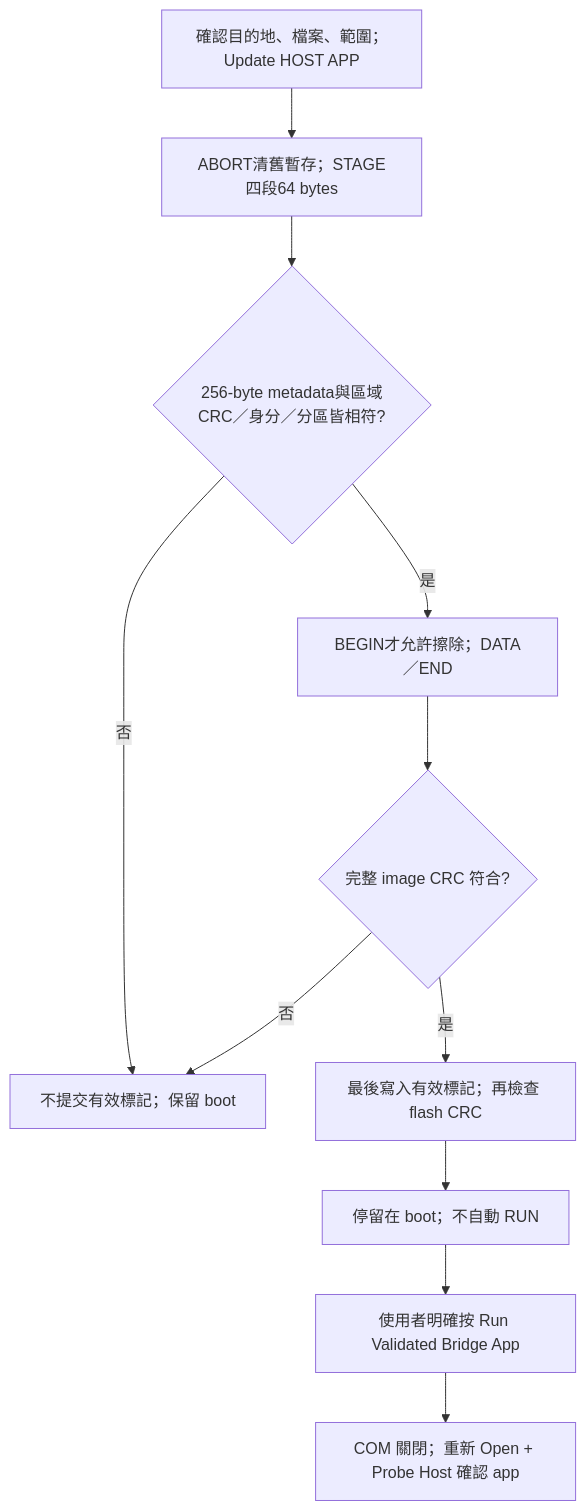
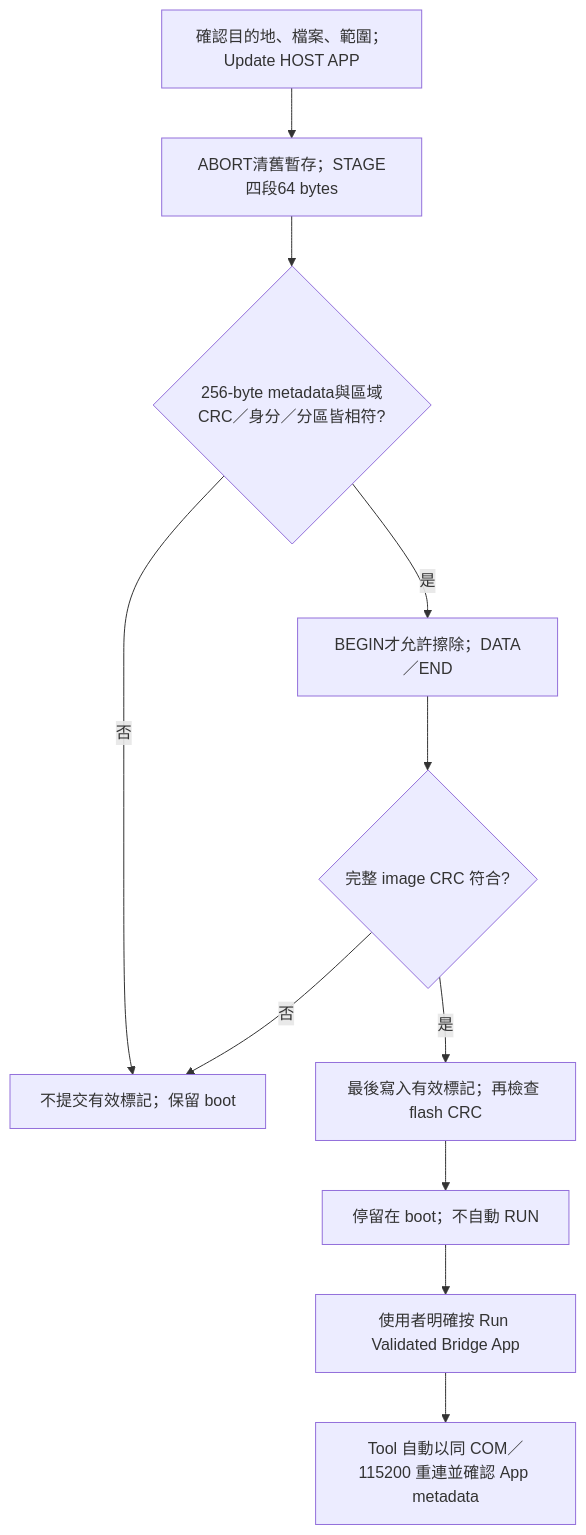
Before and after one commit to released/simple_renesas_isp_tool: the second of 3 diagrams in docs/SHARED_CONSOLE_BRIDGE_GUIDE_zh-TW.md, drawn with Mermaid. The commit also changed other lines of this file and 121 other files, not shown here.

````diff
--- a/docs/SHARED_CONSOLE_BRIDGE_GUIDE_zh-TW.md
+++ b/docs/SHARED_CONSOLE_BRIDGE_GUIDE_zh-TW.md
@@ -53,13 +59,13 @@
 ```mermaid
 flowchart TD
     J[確認目的地、檔案、範圍；Update HOST APP] --> P[ABORT清舊暫存；STAGE四段64 bytes]
     P --> V{256-byte metadata與區域CRC／身分／分區皆相符?}
     V -->|否| R
     V -->|是| K[BEGIN才允許擦除；DATA／END]
     K --> Q{完整 image CRC 符合?}
     Q -->|否| R[不提交有效標記；保留 boot]
     Q -->|是| S[最後寫入有效標記；再檢查 flash CRC]
     S --> L[停留在 boot；不自動 RUN]
     L --> M[使用者明確按 Run Validated Bridge App]
-    M --> N[COM 關閉；重新 Open + Probe Host 確認 app]
+    M --> N[Tool 自動以同 COM／115200 重連並確認 App metadata]
 ```
````
